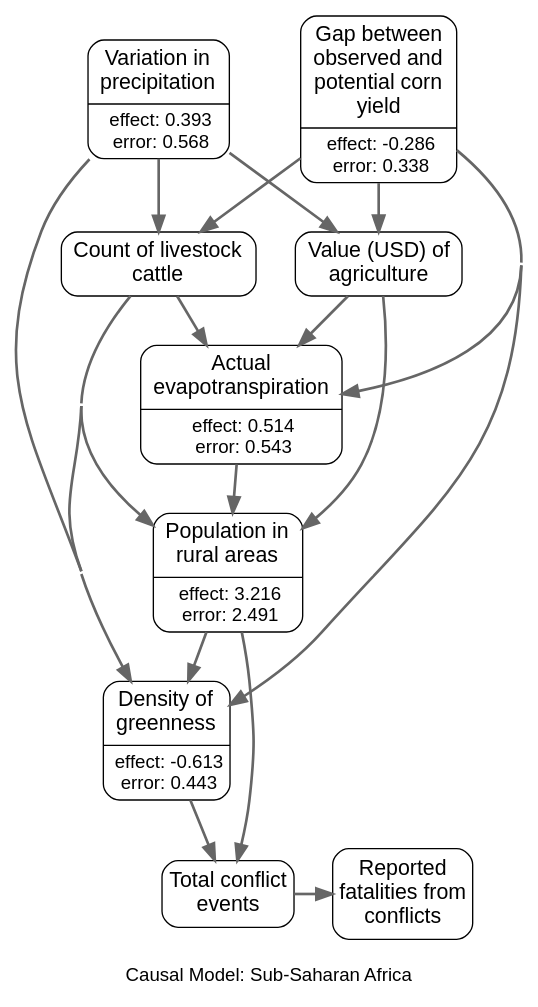
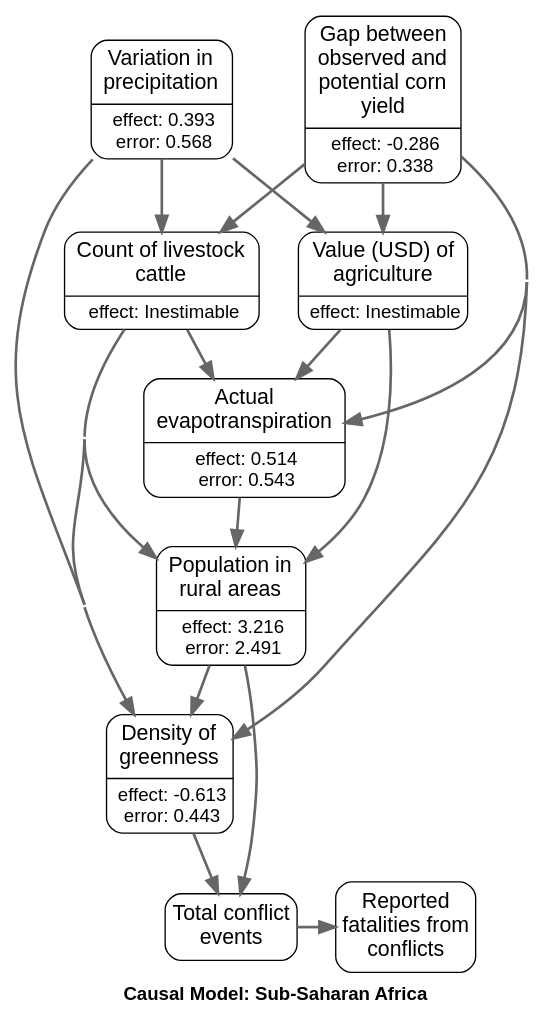
The diagram in app/javascript/images/regions/causal_graphs/sub-saharan_africa.gv (wri/wri-wpsi), drawn with Graphviz before and after one commit. The commit also changed 14 other files, not shown here.

Commit message:
graph updates, add legend

```diff
--- a/app/javascript/images/regions/causal_graphs/sub-saharan_africa.gv
+++ b/app/javascript/images/regions/causal_graphs/sub-saharan_africa.gv
@@ -1,75 +1,74 @@
 # generated file for region: sub-saharan_africa by CausalModelRegionGenerator
 strict digraph causalModel {
 fontname="Helvetica, Arial, sans-serif";
-label="
-Causal Model: Sub-Saharan Africa";
+label=<<TABLE BORDER="0" CELLBORDER="0" CELLSPACING="0"><TR><TD></TD></TR><TR><TD ALIGN="LEFT"><B>Causal Model: Sub-Saharan Africa</B></TD></TR></TABLE>>;
 labelloc = b;
 nodesep = 0.4;
 concentrate = true;
 node[shape = Mrecord, fontname = "Helvetica, Arial, sans-serif", margin = "0.10,0.06", penwidth = 1.0];
 edge[arrowsize = 1.2 penwidth = 2 color="#666666"];
 
 # nodes
 et_actl_m_MAX_m [label = <{<table align="center" border="0" cellspacing="1" cellpadding="1">
 <tr><td><font point-size="16">Actual<br/>evapotranspiration<br/></font></td></tr>
 </table>
 |<table border="0" cellspacing="1" cellpadding="0.5"><tr><td><font point-size="14">effect: 0.514</font></td></tr>
 <tr><td><font point-size="14">error: 0.543</font></td></tr></table>}>, class = rankB];
-cattle_number_s [label = <<table align="center" border="0" cellspacing="1" cellpadding="1">
+cattle_number_s [label = <{<table align="center" border="0" cellspacing="1" cellpadding="1">
 <tr><td><font point-size="16">Count of livestock<br/>cattle<br/></font></td></tr>
 </table>
->, class = rankB];
+|<table border="0" cellspacing="1" cellpadding="0.5"><tr><td><font point-size="14">effect: Inestimable</font></td></tr></table>}>, class = rankB];
 spi_3_m [label = <{<table align="center" border="0" cellspacing="1" cellpadding="1">
 <tr><td><font point-size="16">Variation in<br/>precipitation<br/></font></td></tr>
 </table>
 |<table border="0" cellspacing="1" cellpadding="0.5"><tr><td><font point-size="14">effect: 0.393</font></td></tr>
 <tr><td><font point-size="14">error: 0.568</font></td></tr></table>}>, class = rankA];
-spam_V_agg_t_sum_s [label = <<table align="center" border="0" cellspacing="1" cellpadding="1">
+spam_V_agg_t_sum_s [label = <{<table align="center" border="0" cellspacing="1" cellpadding="1">
 <tr><td><font point-size="16">Value (USD) of<br/>agriculture<br/></font></td></tr>
 </table>
->, class = rankB];
+|<table border="0" cellspacing="1" cellpadding="0.5"><tr><td><font point-size="14">effect: Inestimable</font></td></tr></table>}>, class = rankB];
 yield_gap_maize_s [label = <{<table align="center" border="0" cellspacing="1" cellpadding="1">
 <tr><td><font point-size="16">Gap between<br/>observed and<br/>potential corn<br/>yield<br/></font></td></tr>
 </table>
 |<table border="0" cellspacing="1" cellpadding="0.5"><tr><td><font point-size="14">effect: -0.286</font></td></tr>
 <tr><td><font point-size="14">error: 0.338</font></td></tr></table>}>, class = rankA];
 rurpop_s [label = <{<table align="center" border="0" cellspacing="1" cellpadding="1">
 <tr><td><font point-size="16">Population in<br/>rural areas<br/></font></td></tr>
 </table>
 |<table border="0" cellspacing="1" cellpadding="0.5"><tr><td><font point-size="14">effect: 3.216</font></td></tr>
 <tr><td><font point-size="14">error: 2.491</font></td></tr></table>}>, class = rankB];
 ndvi_act_min_m [label = <{<table align="center" border="0" cellspacing="1" cellpadding="1">
 <tr><td><font point-size="16">Density of<br/>greenness<br/></font></td></tr>
 </table>
 |<table border="0" cellspacing="1" cellpadding="0.5"><tr><td><font point-size="14">effect: -0.613</font></td></tr>
 <tr><td><font point-size="14">error: 0.443</font></td></tr></table>}>, class = rankB];
 acl_sum_evnt_m [label = "Total conflict
 events" class = rankC shape=box style=rounded fontsize="16pt" margin = "0.05,0.10"];
 acl_sum_fatl_m [label = "Reported
 fatalities from
 conflicts" class = rankC shape=box style=rounded fontsize="16pt" margin = "0.05,0.10"];
 
 #ranks
 {rank=same; spi_3_m yield_gap_maize_s; }
 {rank=same; acl_sum_evnt_m acl_sum_fatl_m; }
 
 # links
 et_actl_m_MAX_m -> rurpop_s;
 cattle_number_s -> et_actl_m_MAX_m;
 cattle_number_s -> rurpop_s;
 cattle_number_s -> ndvi_act_min_m;
 spi_3_m -> cattle_number_s;
 spi_3_m -> spam_V_agg_t_sum_s;
 spi_3_m -> ndvi_act_min_m;
 spam_V_agg_t_sum_s -> et_actl_m_MAX_m;
 spam_V_agg_t_sum_s -> rurpop_s;
 yield_gap_maize_s -> et_actl_m_MAX_m;
 yield_gap_maize_s -> cattle_number_s;
 yield_gap_maize_s -> spam_V_agg_t_sum_s;
 yield_gap_maize_s -> ndvi_act_min_m;
 rurpop_s -> ndvi_act_min_m;
 rurpop_s -> acl_sum_evnt_m;
 ndvi_act_min_m -> acl_sum_evnt_m;
 acl_sum_evnt_m -> acl_sum_fatl_m;
 
 }
```
